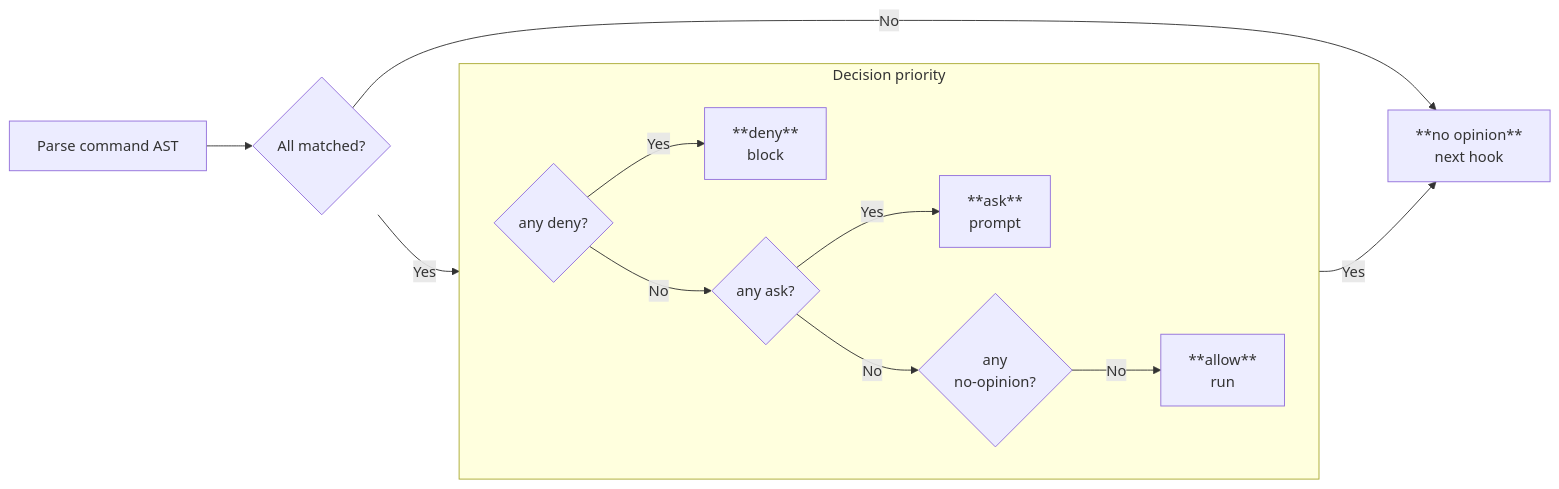
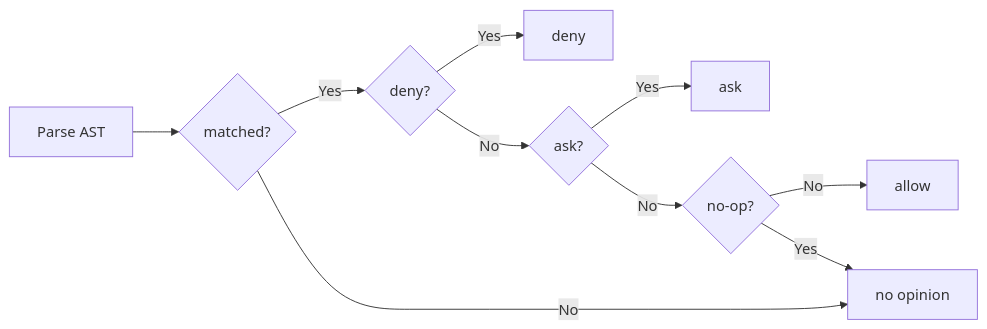
Before and after one commit to cpcloud/claude-bash-approve: the diagram in README.md, drawn with Mermaid.

Commit message:
Compact decision diagram to avoid GitHub control overlay
Shorter labels, reorder edges so no-opinion node is at bottom,
drop subgraph to reduce overall size.

````diff
--- a/README.md
+++ b/README.md
@@ -24,15 +24,12 @@
 ```mermaid
 flowchart LR
-    A["Parse command AST"] --> C{"All matched?"}
-    C -- No --> NOP["**no opinion**\nnext hook"]
-    C -- Yes --> D
-    subgraph priority["Decision priority"]
-        direction LR
-        D{"any deny?"} -- Yes --> DENY["**deny**\nblock"]
-        D -- No --> E{"any ask?"}
-        E -- Yes --> ASK["**ask**\nprompt"]
-        E -- No --> F{"any\nno-opinion?"}
-        F -- No --> ALLOW["**allow**\nrun"]
-    end
-    F -- Yes --> NOP
+    A["Parse AST"] --> C{"matched?"}
+    C -- Yes --> D{"deny?"}
+    D -- Yes --> DENY["deny"]
+    D -- No --> E{"ask?"}
+    E -- Yes --> ASK["ask"]
+    E -- No --> F{"no-op?"}
+    F -- No --> OK["allow"]
+    F -- Yes --> NOP["no opinion"]
+    C -- No --> NOP
 ```
````
